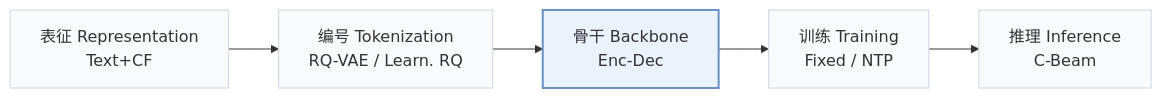
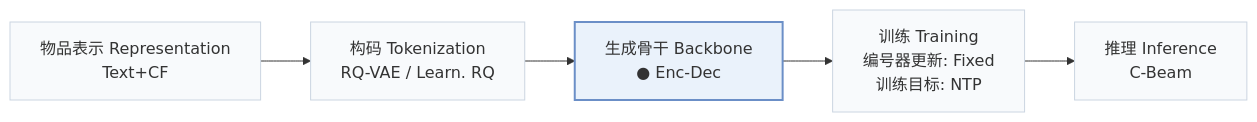
One commit to Galaxy-ghost/Awesome-SID-Generative-Rec changed the first of 2 diagrams in pages/zh/papers/discrec.md. Above: the diagram before and after it, drawn with Mermaid. The commit also changed other lines of this file and 558 other files, not shown here.

````diff
--- a/pages/zh/papers/discrec.md
+++ b/pages/zh/papers/discrec.md
@@ -15,8 +19,8 @@
 ```mermaid
 flowchart LR
-    R["表征 Representation<br/>Text+CF"] --> T["编号 Tokenization<br/>RQ-VAE / Learn. RQ"] --> B["骨干 Backbone<br/>Enc-Dec"] --> TR["训练 Training<br/>Fixed / NTP"] --> I["推理 Inference<br/>C-Beam"]
+    R["物品表示 Representation<br/>Text+CF"] --> T["构码 Tokenization<br/>RQ-VAE / Learn. RQ"] --> B["生成骨干 Backbone<br/>● Enc-Dec"] --> TR["训练 Training<br/>编号器更新: Fixed<br/>训练目标: NTP"] --> I["推理 Inference<br/>C-Beam"]
     classDef base fill:#f8fafc,stroke:#cbd5e1
     class R,T,B,TR,I base
     classDef main fill:#eaf2fb,stroke:#6b8fc7,stroke-width:2px
     class B main
 ```
````
